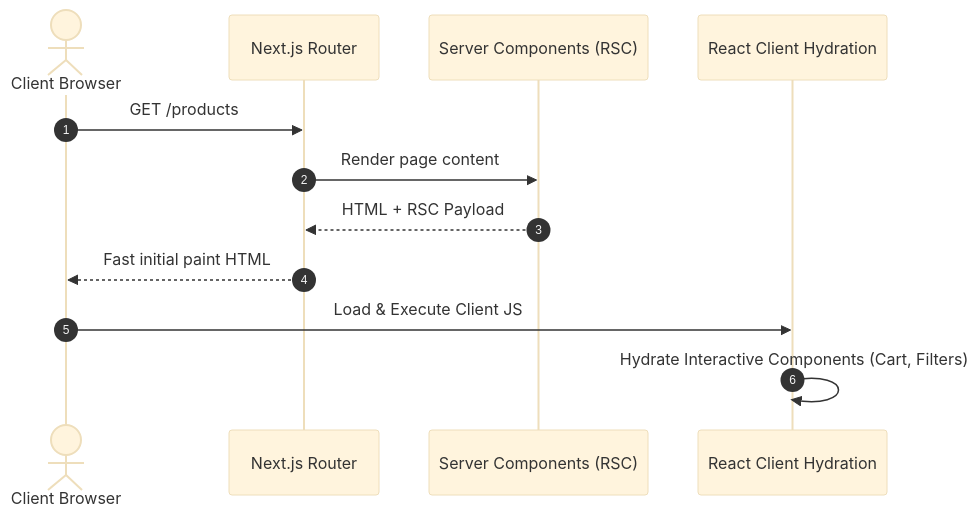
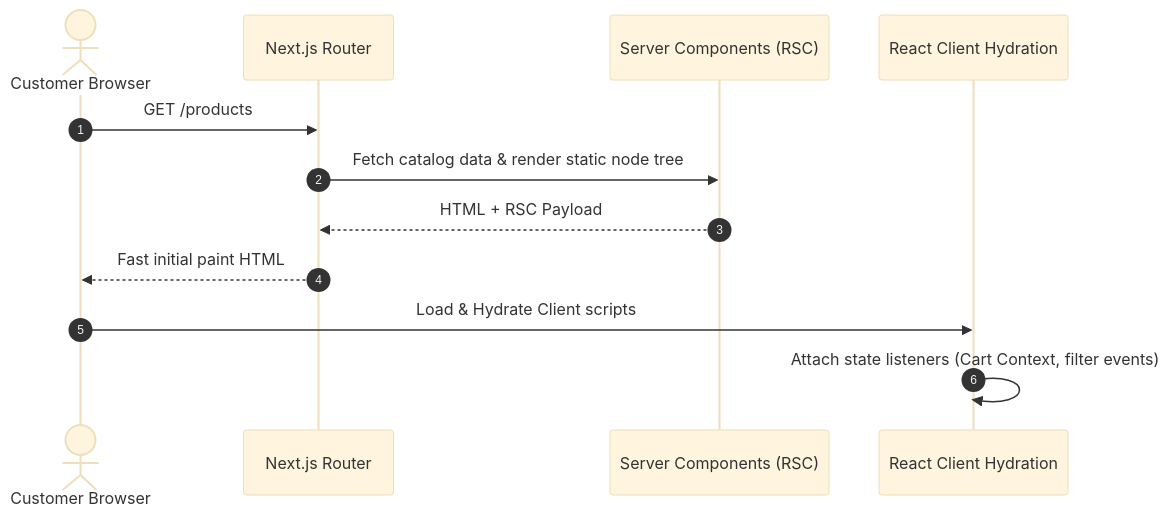
The second of 5 diagrams in ARCHITECTURE.md (taybeen-healthy/taybeen-frontend), drawn with Mermaid (base theme) before and after one commit. The commit also changed other lines of this file and 8 other files, not shown here.

````diff
--- a/ARCHITECTURE.md
+++ b/ARCHITECTURE.md
@@ -33,15 +35,15 @@
 ```mermaid
 sequenceDiagram
     autonumber
-    actor User as Client Browser
+    actor User as Customer Browser
     participant Router as Next.js Router
     participant RSC as Server Components (RSC)
     participant Client as React Client Hydration
 
     User->>Router: GET /products
-    Router->>RSC: Render page content
+    Router->>RSC: Fetch catalog data & render static node tree
     RSC-->>Router: HTML + RSC Payload
     Router-->>User: Fast initial paint HTML
-    User->>Client: Load & Execute Client JS
-    Client->>Client: Hydrate Interactive Components (Cart, Filters)
+    User->>Client: Load & Hydrate Client scripts
+    Client->>Client: Attach state listeners (Cart Context, filter events)
 ```
````
